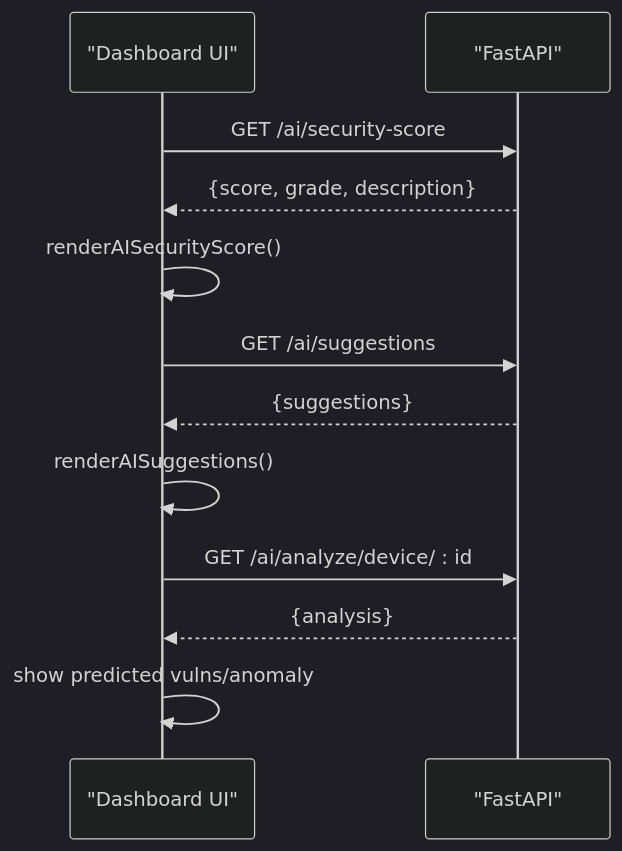
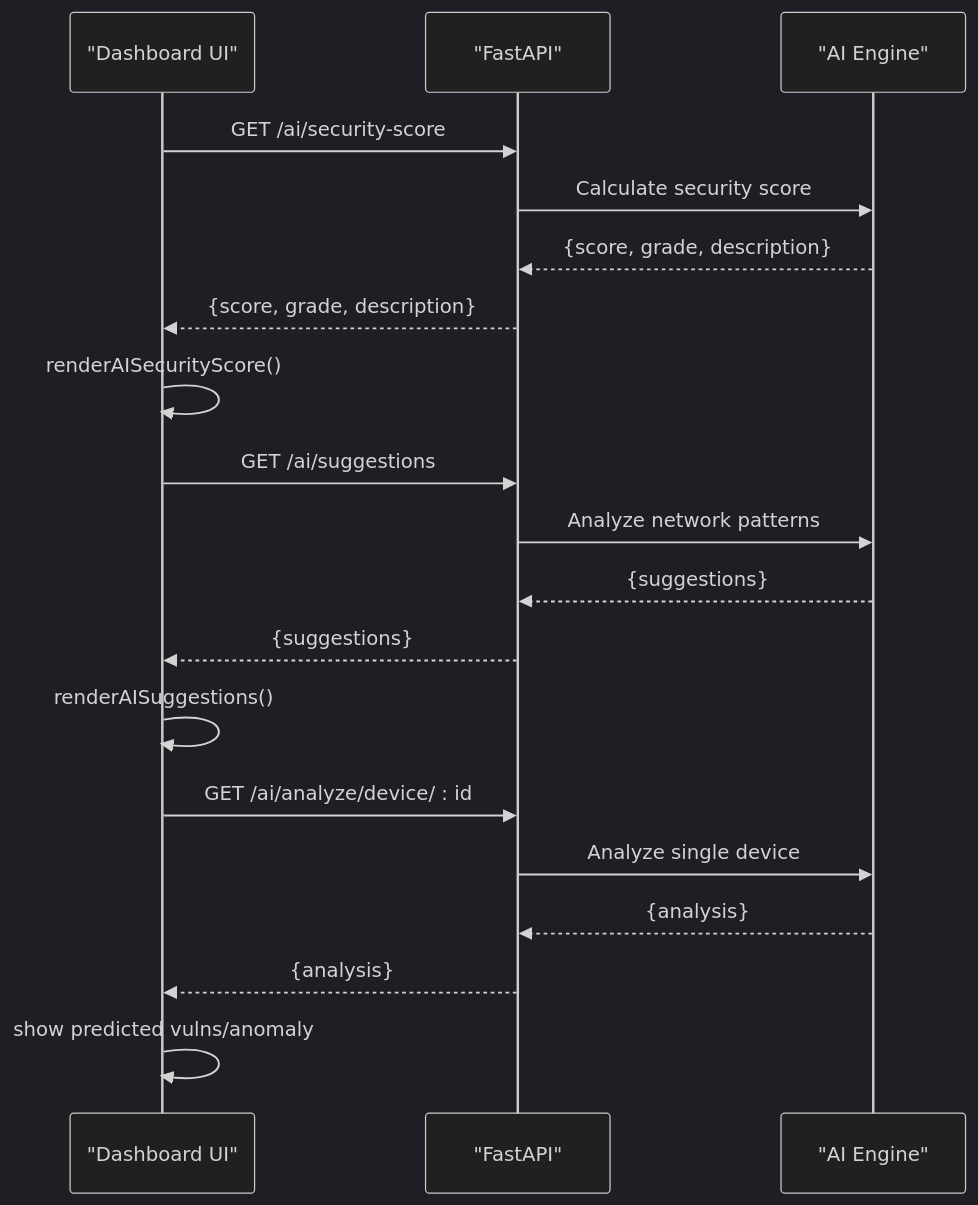
One commit to MohandWaleed3/PentexOne changed the ninth of 11 diagrams in .qoder/repowiki/en/content/Frontend Dashboard.md. Above: the diagram before and after it, drawn with Mermaid (dark theme). The commit also changed other lines of this file and 16 other files, not shown here.

````diff
--- a/.qoder/repowiki/en/content/Frontend Dashboard.md
+++ b/.qoder/repowiki/en/content/Frontend Dashboard.md
@@ -294,14 +326,21 @@
 ```mermaid
 sequenceDiagram
 participant UI as "Dashboard UI"
 participant API as "FastAPI"
+participant AI as "AI Engine"
 UI->>API : GET /ai/security-score
+API->>AI : Calculate security score
+AI-->>API : {score, grade, description}
 API-->>UI : {score, grade, description}
 UI->>UI : renderAISecurityScore()
 UI->>API : GET /ai/suggestions
+API->>AI : Analyze network patterns
+AI-->>API : {suggestions}
 API-->>UI : {suggestions}
 UI->>UI : renderAISuggestions()
 UI->>API : GET /ai/analyze/device/ : id
+API->>AI : Analyze single device
+AI-->>API : {analysis}
 API-->>UI : {analysis}
 UI->>UI : show predicted vulns/anomaly
 ```
````
